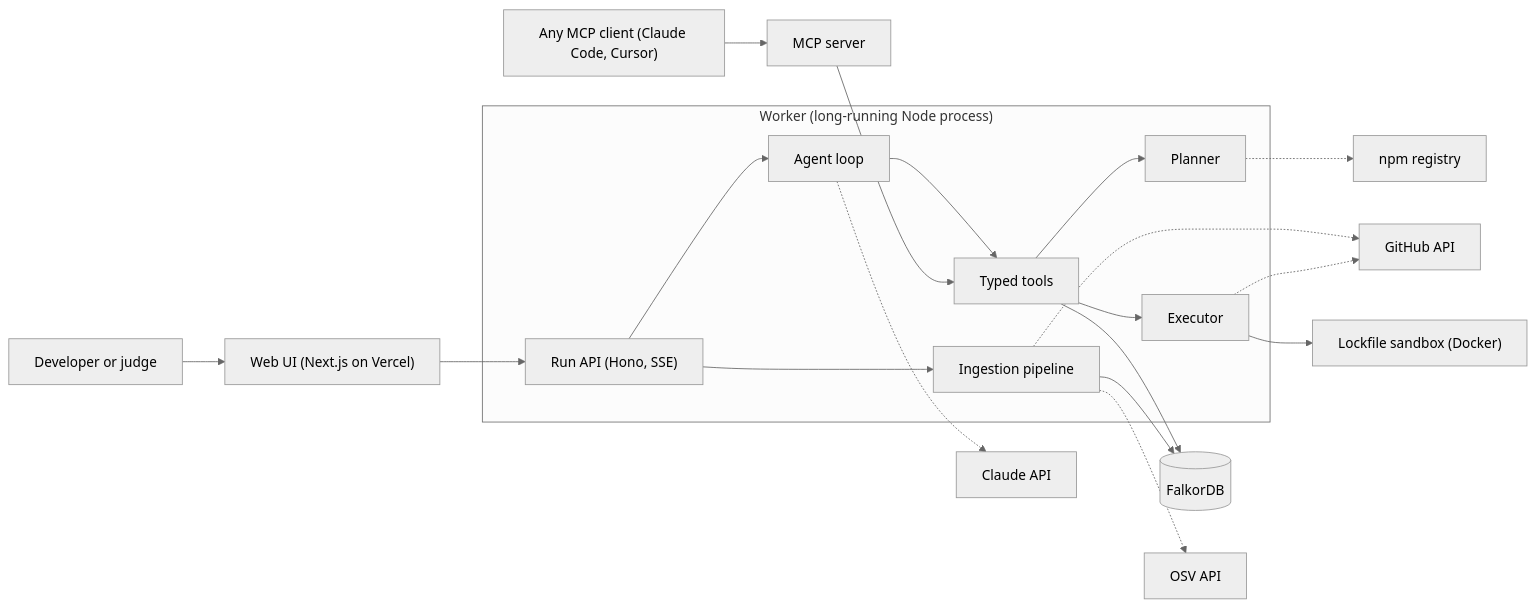
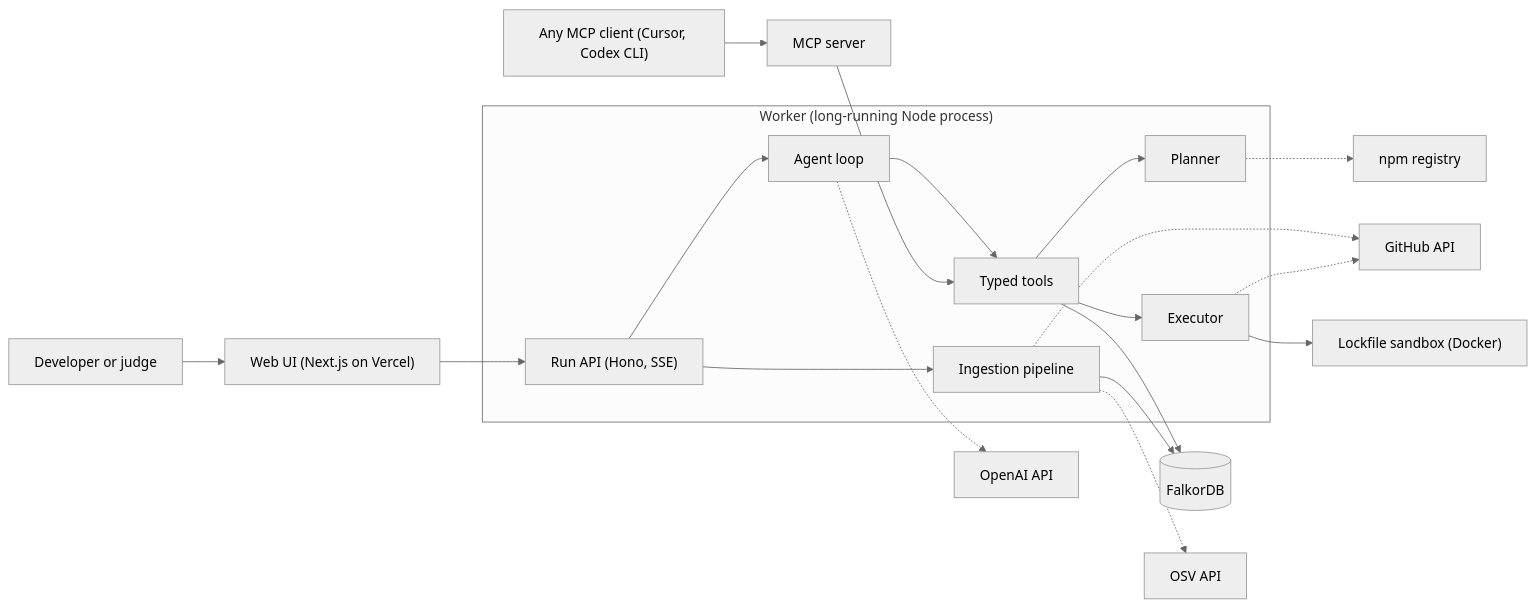
One commit to sakibalig/noderunner changed the first of 3 diagrams in documents/public/architecture.md. Above: the diagram before and after it, drawn with Mermaid (neutral theme). The commit also changed other lines of this file and 16 other files, not shown here.

First line of the commit message:
refactor: switch the LLM provider from Claude to OpenAI

````diff
--- a/documents/public/architecture.md
+++ b/documents/public/architecture.md
@@ -40,22 +40,22 @@
 ```mermaid
 flowchart LR
     user["Developer or judge"] --> web["Web UI (Next.js on Vercel)"]
-    client["Any MCP client (Claude Code, Cursor)"] --> mcp["MCP server"]
+    client["Any MCP client (Cursor, Codex CLI)"] --> mcp["MCP server"]
     subgraph worker["Worker (long-running Node process)"]
         api["Run API (Hono, SSE)"] --> agent["Agent loop"]
         agent --> tools["Typed tools"]
         api --> ingest["Ingestion pipeline"]
         tools --> planner["Planner"]
         tools --> executor["Executor"]
     end
     web --> api
     mcp --> tools
-    agent -.-> claude["Claude API"]
+    agent -.-> llm["OpenAI API"]
     tools --> db[("FalkorDB")]
     ingest --> db
     ingest -.-> github["GitHub API"]
     ingest -.-> osv["OSV API"]
     planner -.-> npm["npm registry"]
     executor -.-> github
     executor --> sandbox["Lockfile sandbox (Docker)"]
 ```
````
